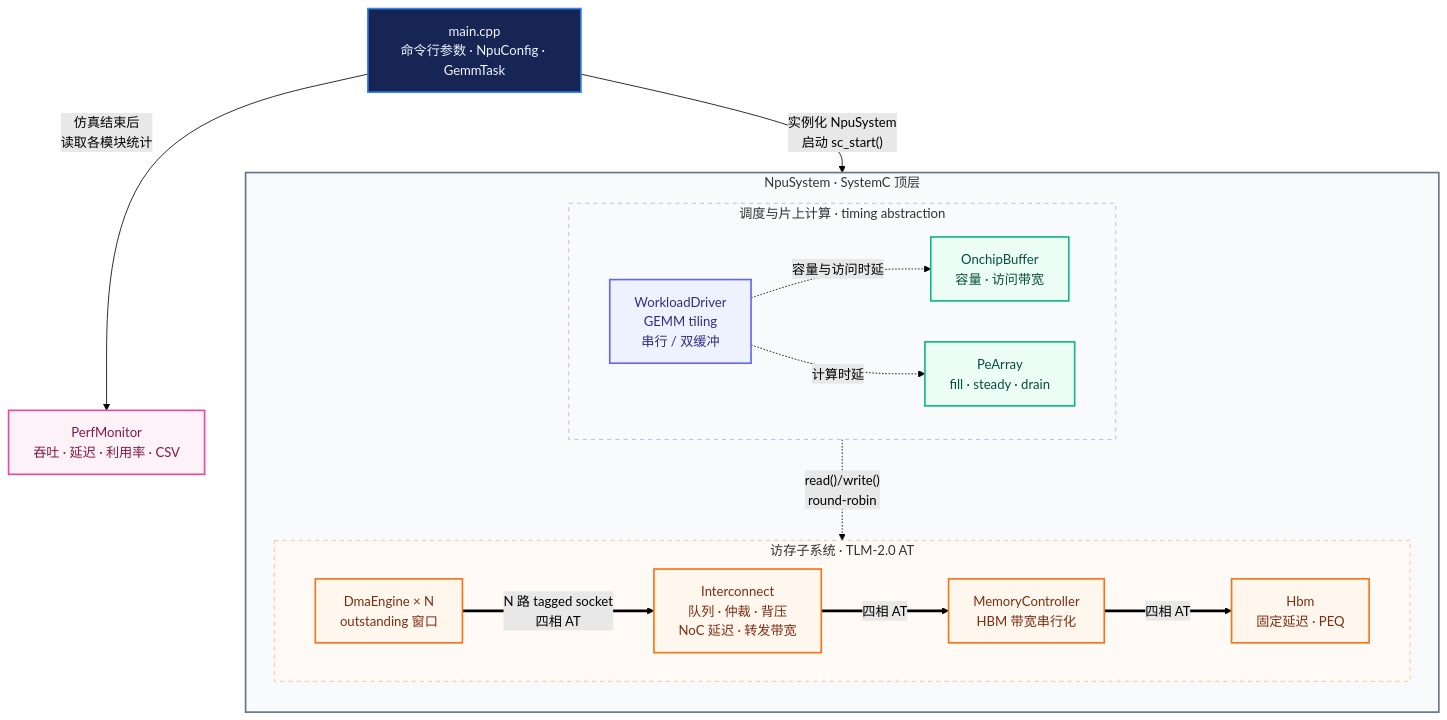
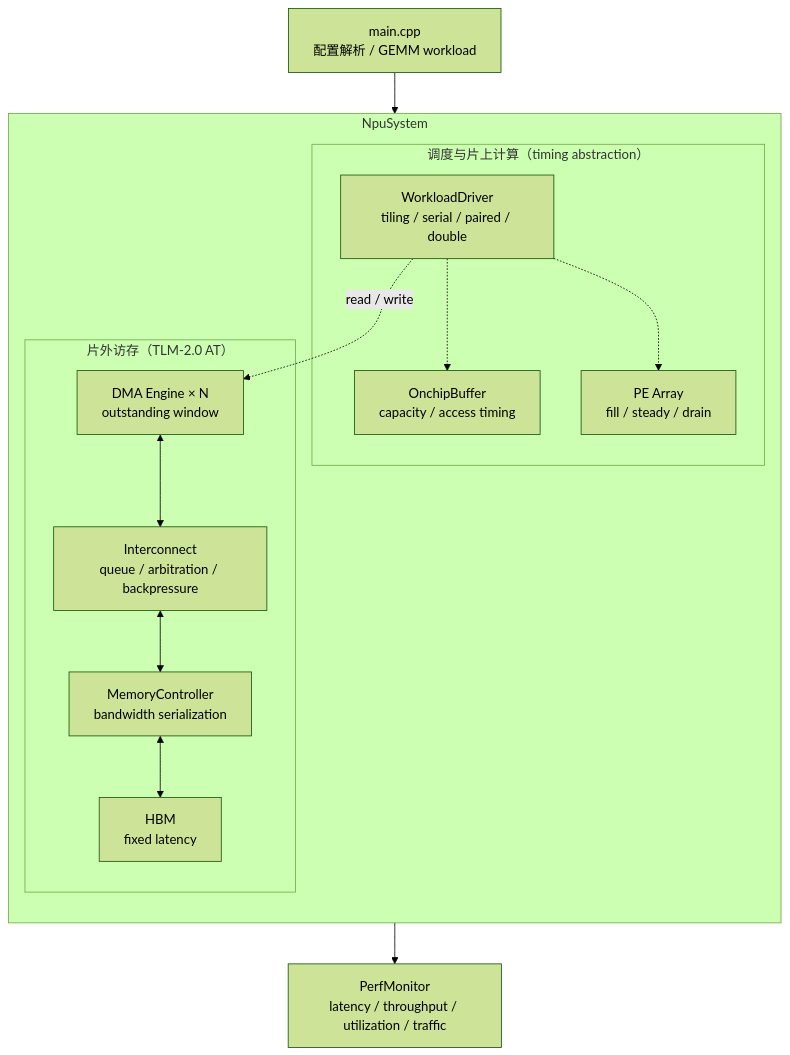
The first of 2 diagrams in README.md (xiangguangxin/npu-perf-model), drawn with Mermaid (forest theme) before and after one commit. The commit also changed other lines of this file, not shown here.

Commit message:
docs: restructure README for NPU performance modeling framework

````diff
--- a/README.md
+++ b/README.md
@@ -37,53 +52,27 @@
 ```mermaid
 flowchart TB
-    ENTRY["main.cpp<br/>命令行参数 · NpuConfig · GemmTask"]
-
-    subgraph SYSTEM["NpuSystem · SystemC 顶层"]
-        direction TB
-
-        subgraph ONCHIP["调度与片上计算 · timing abstraction"]
-            direction LR
-            DRIVER["WorkloadDriver<br/>GEMM tiling<br/>串行 / 双缓冲"]
-            BUFFER["OnchipBuffer<br/>容量 · 访问带宽"]
-            PE["PeArray<br/>fill · steady · drain"]
-
-            DRIVER -. "容量与访问时延" .-> BUFFER
-            DRIVER -. "计算时延" .-> PE
-        end
-
-        subgraph MEMORY["访存子系统 · TLM-2.0 AT"]
-            direction LR
-            DMA["DmaEngine × N<br/>outstanding 窗口"]
-            IC["Interconnect<br/>队列 · 仲裁 · 背压<br/>NoC 延迟 · 转发带宽"]
-            MC["MemoryController<br/>HBM 带宽串行化"]
-            HBM["Hbm<br/>固定延迟 · PEQ"]
-
-            DMA ==>|"N 路 tagged socket<br/>四相 AT"| IC
-            IC ==>|"四相 AT"| MC
-            MC ==>|"四相 AT"| HBM
-        end
-
-        DRIVER -. "read()/write()<br/>round-robin" .-> DMA
+    CLI["main.cpp<br/>配置解析 / GEMM workload"]
+    subgraph NPU["NpuSystem"]
+      direction TB
+      subgraph COMPUTE["调度与片上计算（timing abstraction）"]
+        WD["WorkloadDriver<br/>tiling / serial / paired / double"]
+        BUF["OnchipBuffer<br/>capacity / access timing"]
+        PE["PE Array<br/>fill / steady / drain"]
+        WD -.-> BUF
+        WD -.-> PE
+      end
+      subgraph MEMORY["片外访存（TLM-2.0 AT）"]
+        DMA["DMA Engine × N<br/>outstanding window"]
+        IC["Interconnect<br/>queue / arbitration / backpressure"]
+        MC["MemoryController<br/>bandwidth serialization"]
+        HBM["HBM<br/>fixed latency"]
+        DMA <--> IC
+        IC <--> MC
+        MC <--> HBM
+      end
+      WD -. "read / write" .-> DMA
     end
-
-    REPORT["PerfMonitor<br/>吞吐 · 延迟 · 利用率 · CSV"]
-
-    ENTRY -->|"实例化 NpuSystem<br/>启动 sc_start()"| DRIVER
-    ENTRY -->|"仿真结束后<br/>读取各模块统计"| REPORT
-
-    classDef entry fill:#172554,color:#eff6ff,stroke:#3b82f6,stroke-width:2px
-    classDef control fill:#eef2ff,color:#312e81,stroke:#6366f1,stroke-width:2px
-    classDef compute fill:#ecfdf5,color:#064e3b,stroke:#10b981,stroke-width:2px
-    classDef memory fill:#fff7ed,color:#7c2d12,stroke:#f97316,stroke-width:2px
-    classDef report fill:#fdf2f8,color:#831843,stroke:#ec4899,stroke-width:2px
-
-    class ENTRY entry
-    class DRIVER control
-    class BUFFER,PE compute
-    class DMA,IC,MC,HBM memory
-    class REPORT report
-
-    style SYSTEM fill:#f8fafc,stroke:#64748b,stroke-width:2px
-    style ONCHIP fill:#f8fafc,stroke:#a5b4fc,stroke-dasharray:5 5
-    style MEMORY fill:#fffaf5,stroke:#fdba74,stroke-dasharray:5 5
+    PM["PerfMonitor<br/>latency / throughput / utilization / traffic"]
+    CLI --> NPU
+    NPU --> PM
 ```
````
